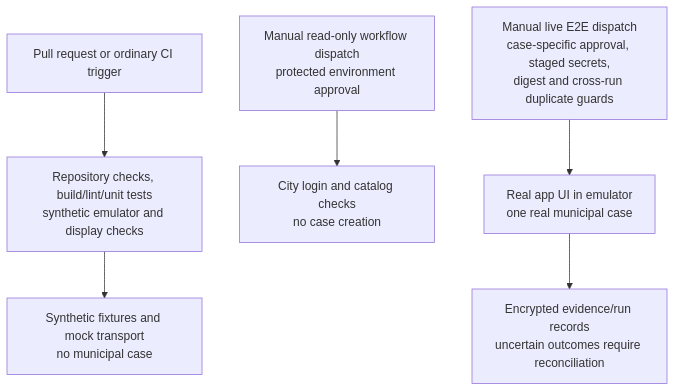
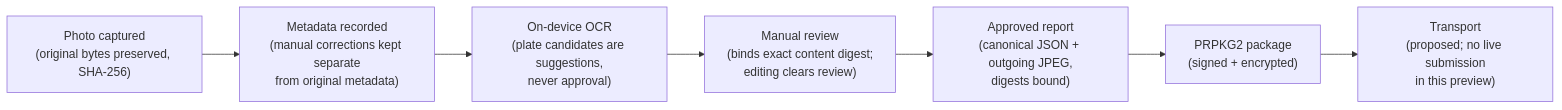
Before and after one commit to reihlinstinct/parking-reporter-app: the second of 2 diagrams in ARCHITECTURE.md, drawn with Mermaid. The commit also changed other lines of this file and 26 other files, not shown here.

````diff
--- a/ARCHITECTURE.md
+++ b/ARCHITECTURE.md
@@ -95,8 +34,11 @@
 ```mermaid
-flowchart TB
-    pr["Pull request or ordinary CI trigger"] --> normal["Repository checks, build/lint/unit tests<br/>synthetic emulator and display checks"]
-    normal --> stub["Synthetic fixtures and mock transport<br/>no municipal case"]
-    manual["Manual read-only workflow dispatch<br/>protected environment approval"] --> readonly["City login and catalog checks<br/>no case creation"]
-    optin["Manual live E2E dispatch<br/>case-specific approval, staged secrets,<br/>digest and cross-run duplicate guards"] --> live["Real app UI in emulator<br/>one real municipal case"]
-    live --> records["Encrypted evidence/run records<br/>uncertain outcomes require reconciliation"]
+flowchart LR
+    photo["Photo captured<br/>(original bytes preserved, SHA-256)"]
+    meta["Metadata recorded<br/>(manual corrections kept separate<br/>from original metadata)"]
+    ocr2["On-device OCR<br/>(plate candidates are suggestions,<br/>never approval)"]
+    review["Manual review<br/>(binds exact content digest;<br/>editing clears review)"]
+    approved["Approved report<br/>(canonical JSON + outgoing JPEG,<br/>digests bound)"]
+    signed["PRPKG2 package<br/>(signed + encrypted)"]
+    transport["Transport<br/>(proposed; no live submission<br/>in this preview)"]
+    photo --> meta --> ocr2 --> review --> approved --> signed --> transport
 ```
````
